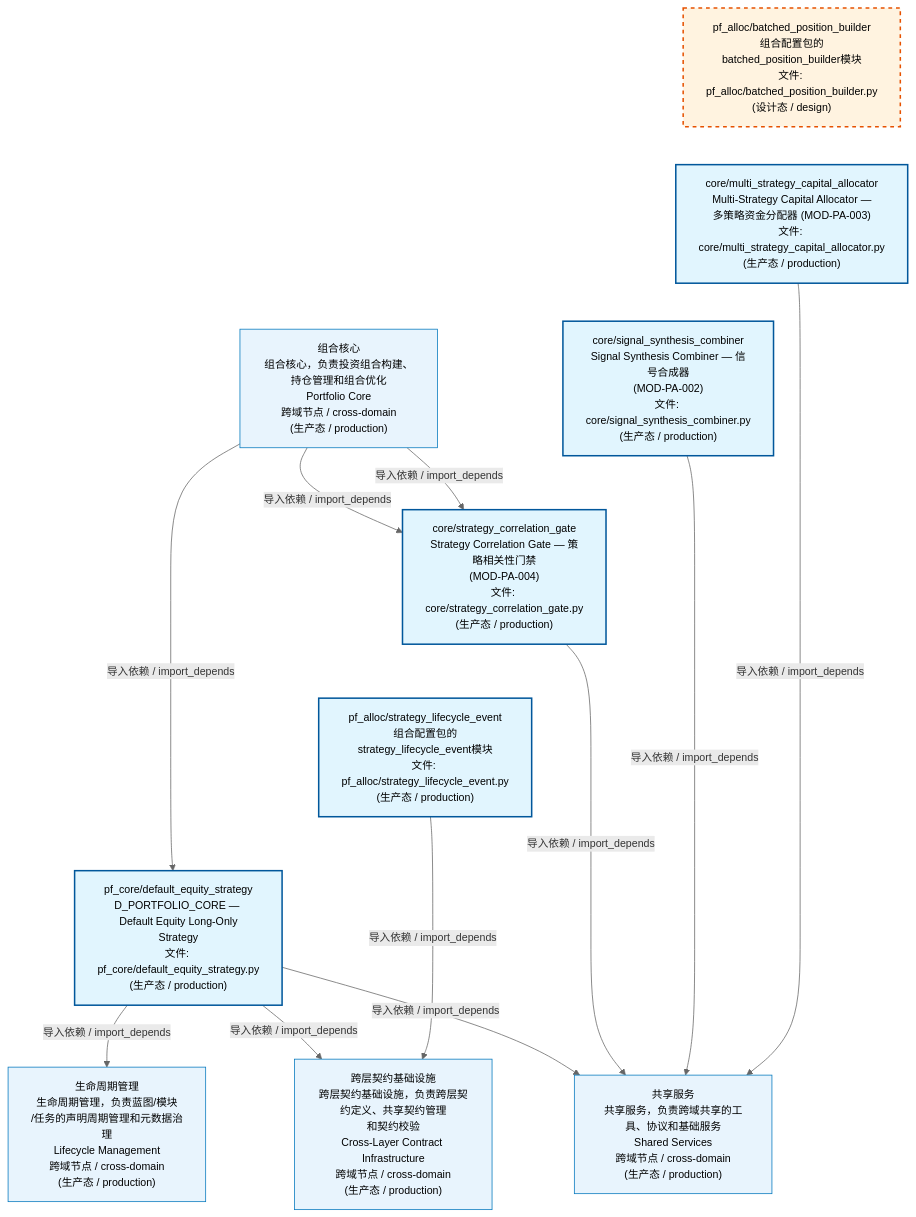
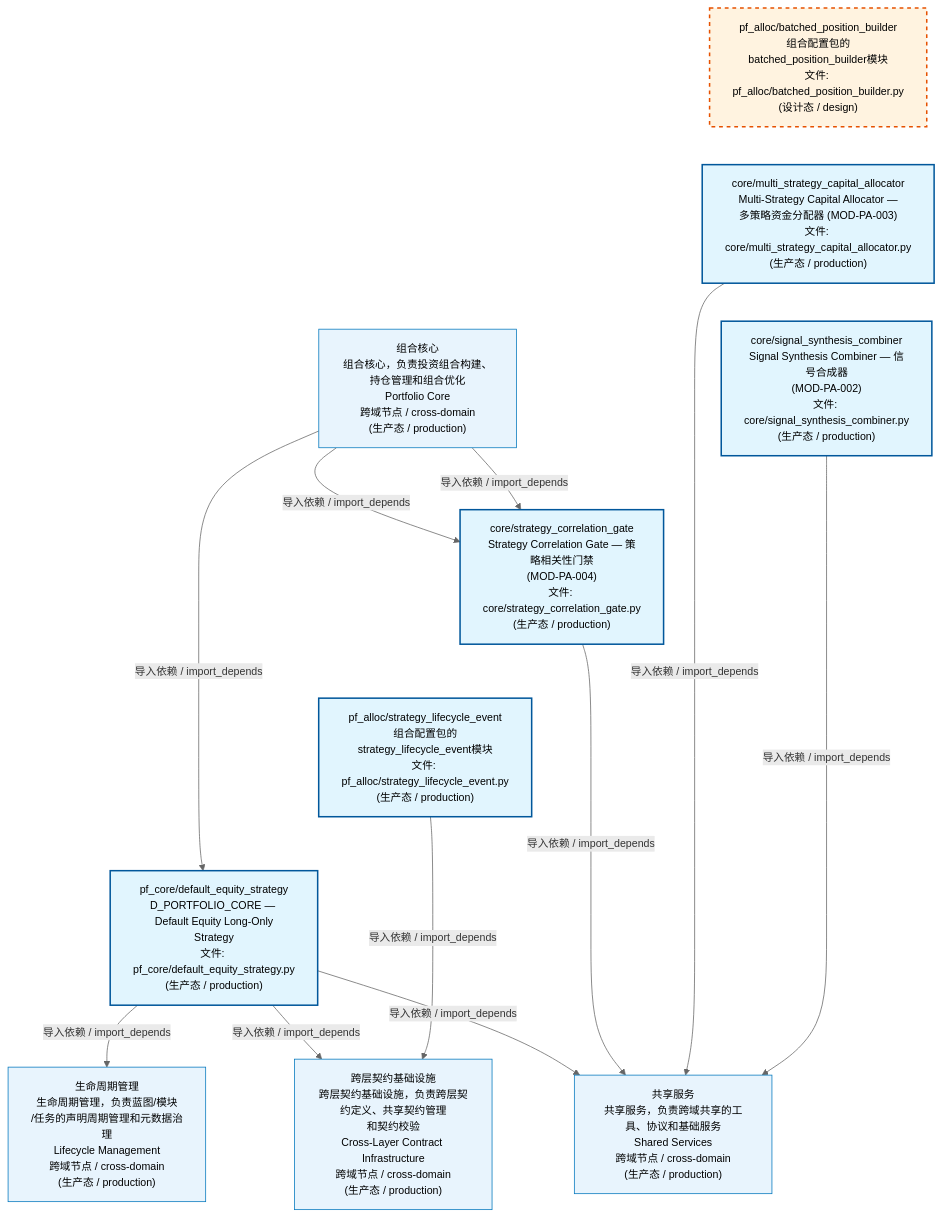
The first of 4 diagrams in docs/02_enterprise_architecture/02_domain_architecture_docs/62_d_pf_alloc.md (xuanFelixVan/ZephyrAlpha), drawn with Mermaid before and after one commit. The commit also changed 42 other files, not shown here.

````diff
--- a/docs/02_enterprise_architecture/02_domain_architecture_docs/62_d_pf_alloc.md
+++ b/docs/02_enterprise_architecture/02_domain_architecture_docs/62_d_pf_alloc.md
@@ -53,36 +53,36 @@
 ```mermaid
 %%{init: {'theme': 'base', 'themeVariables': {'primaryColor': '#eaeaea', 'primaryTextColor': '#333333', 'primaryBorderColor': '#666666', 'lineColor': '#666666', 'secondaryColor': '#eaeaea', 'tertiaryColor': '#eaeaea', 'fontSize': '14px'}}}%%
 flowchart TD
     src_zephyr_pf_alloc_batched_position_builder_py["pf_alloc/batched_position_builder<br/>组合配置包的batched_position_builder模块<br/>文件: pf_alloc/batched_position_builder.py<br/>(设计态 / design)"]
     src_zephyr_pf_alloc_core_multi_strategy_capital_allocator_py["core/multi_strategy_capital_allocator<br/>Multi-Strategy Capital Allocator —<br/>多策略资金分配器 (MOD-PA-003)<br/>文件: core/multi_strategy_capital_allocator.py<br/>(生产态 / production)"]
     src_zephyr_pf_alloc_core_signal_synthesis_combiner_py["core/signal_synthesis_combiner<br/>Signal Synthesis Combiner — 信号合成器<br/>(MOD-PA-002)<br/>文件: core/signal_synthesis_combiner.py<br/>(生产态 / production)"]
     src_zephyr_pf_alloc_core_strategy_correlation_gate_py["core/strategy_correlation_gate<br/>Strategy Correlation Gate — 策略相关性门禁<br/>(MOD-PA-004)<br/>文件: core/strategy_correlation_gate.py<br/>(生产态 / production)"]
     src_zephyr_pf_alloc_strategy_lifecycle_event_py["pf_alloc/strategy_lifecycle_event<br/>组合配置包的strategy_lifecycle_event模块<br/>文件: pf_alloc/strategy_lifecycle_event.py<br/>(生产态 / production)"]
     src_zephyr_pf_core_default_equity_strategy_py["pf_core/default_equity_strategy<br/>D_PORTFOLIO_CORE — Default Equity Long-Only<br/>Strategy<br/>文件: pf_core/default_equity_strategy.py<br/>(生产态 / production)"]
     src_zephyr_pf_alloc_batched_position_builder_py ~~~ src_zephyr_pf_alloc_core_multi_strategy_capital_allocator_py
     src_zephyr_pf_alloc_core_multi_strategy_capital_allocator_py ~~~ src_zephyr_pf_alloc_core_signal_synthesis_combiner_py
     src_zephyr_pf_alloc_core_signal_synthesis_combiner_py ~~~ src_zephyr_pf_alloc_core_strategy_correlation_gate_py
     src_zephyr_pf_alloc_core_strategy_correlation_gate_py ~~~ src_zephyr_pf_alloc_strategy_lifecycle_event_py
     src_zephyr_pf_alloc_strategy_lifecycle_event_py ~~~ src_zephyr_pf_core_default_equity_strategy_py
+    D_SHARED["共享服务<br/>共享服务，负责跨域共享的工具、协议和基础服务<br/>Shared Services<br/>跨域节点 / cross-domain<br/>(生产态 / production)"]
+    src_zephyr_pf_alloc_core_signal_synthesis_combiner_py -->|导入依赖 / import_depends| D_SHARED
     D_INFRASTRUCTURE["跨层契约基础设施<br/>跨层契约基础设施，负责跨层契约定义、共享契约管理<br/>和契约校验<br/>Cross-Layer Contract Infrastructure<br/>跨域节点 / cross-domain<br/>(生产态 / production)"]
     src_zephyr_pf_alloc_strategy_lifecycle_event_py -->|导入依赖 / import_depends| D_INFRASTRUCTURE
-    D_SHARED["共享服务<br/>共享服务，负责跨域共享的工具、协议和基础服务<br/>Shared Services<br/>跨域节点 / cross-domain<br/>(生产态 / production)"]
     src_zephyr_pf_alloc_core_multi_strategy_capital_allocator_py -->|导入依赖 / import_depends| D_SHARED
-    src_zephyr_pf_alloc_core_signal_synthesis_combiner_py -->|导入依赖 / import_depends| D_SHARED
     src_zephyr_pf_alloc_core_strategy_correlation_gate_py -->|导入依赖 / import_depends| D_SHARED
     D_GOVERNANCE["生命周期管理<br/>生命周期管理，负责蓝图/模块<br/>/任务的声明周期管理和元数据治理<br/>Lifecycle Management<br/>跨域节点 / cross-domain<br/>(生产态 / production)"]
     src_zephyr_pf_core_default_equity_strategy_py -->|导入依赖 / import_depends| D_GOVERNANCE
     src_zephyr_pf_core_default_equity_strategy_py -->|导入依赖 / import_depends| D_SHARED
     src_zephyr_pf_core_default_equity_strategy_py -->|导入依赖 / import_depends| D_INFRASTRUCTURE
     D_PF_CORE["组合核心<br/>组合核心，负责投资组合构建、持仓管理和组合优化<br/>Portfolio Core<br/>跨域节点 / cross-domain<br/>(生产态 / production)"]
     D_PF_CORE -->|导入依赖 / import_depends| src_zephyr_pf_alloc_core_strategy_correlation_gate_py
     D_PF_CORE -->|导入依赖 / import_depends| src_zephyr_pf_alloc_core_strategy_correlation_gate_py
     D_PF_CORE -->|导入依赖 / import_depends| src_zephyr_pf_core_default_equity_strategy_py
     classDef production fill:#e1f5fe,stroke:#01579b,stroke-width:2px,color:#000
     classDef design fill:#fff3e0,stroke:#e65100,stroke-width:2px,color:#000,stroke-dasharray: 5 5
     classDef external_prod fill:#e8f4fd,stroke:#0277bd,stroke-width:1px,color:#000
     classDef external_design fill:#fff8e7,stroke:#ef6c00,stroke-width:1px,color:#000,stroke-dasharray: 5 5
     class src_zephyr_pf_alloc_core_multi_strategy_capital_allocator_py,src_zephyr_pf_alloc_core_signal_synthesis_combiner_py,src_zephyr_pf_alloc_core_strategy_correlation_gate_py,src_zephyr_pf_alloc_strategy_lifecycle_event_py,src_zephyr_pf_core_default_equity_strategy_py production
     class src_zephyr_pf_alloc_batched_position_builder_py design
-    class D_INFRASTRUCTURE,D_SHARED,D_GOVERNANCE,D_PF_CORE external_prod
+    class D_SHARED,D_INFRASTRUCTURE,D_GOVERNANCE,D_PF_CORE external_prod
 ```
````
